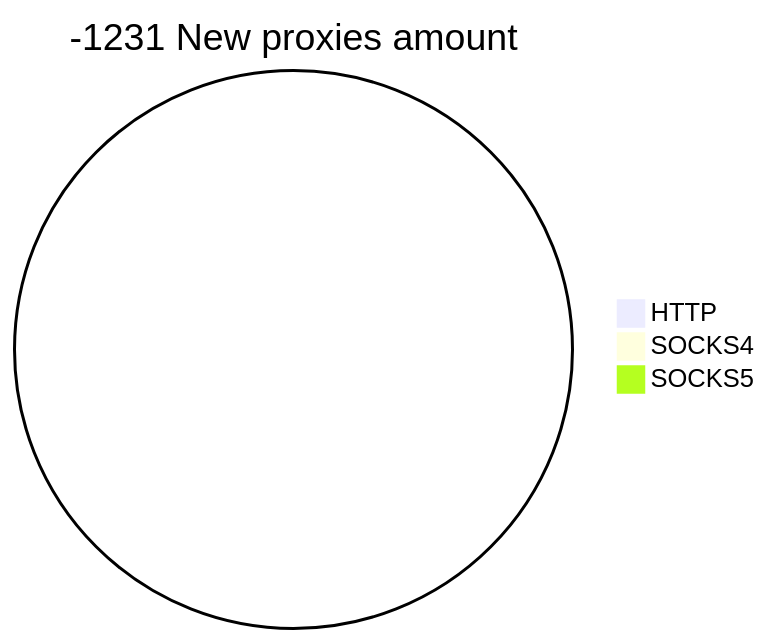
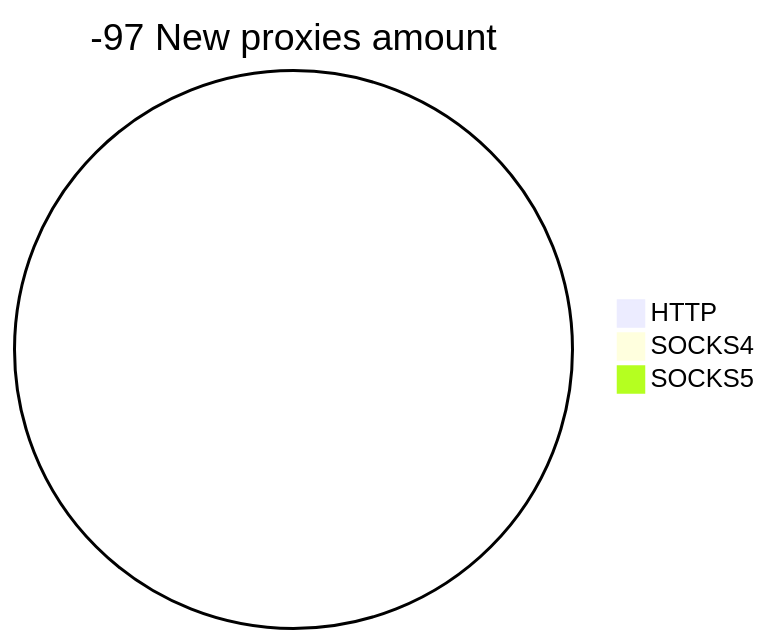
One commit to cutipu/proxylist changed the second of 2 diagrams in README.md. Above: the diagram before and after it, drawn with Mermaid. The commit also changed other lines of this file, not shown here.

````diff
--- a/README.md
+++ b/README.md
@@ -10,6 +10,6 @@
 ```mermaid
-pie title -1231 New proxies amount
+pie title -97 New proxies amount
     "HTTP" : 0
     "SOCKS4" : 0
     "SOCKS5" : 0
 ```
````
